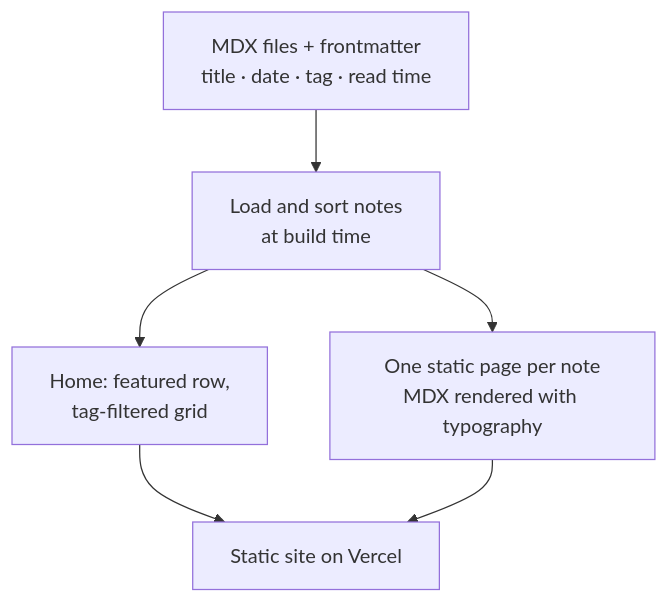
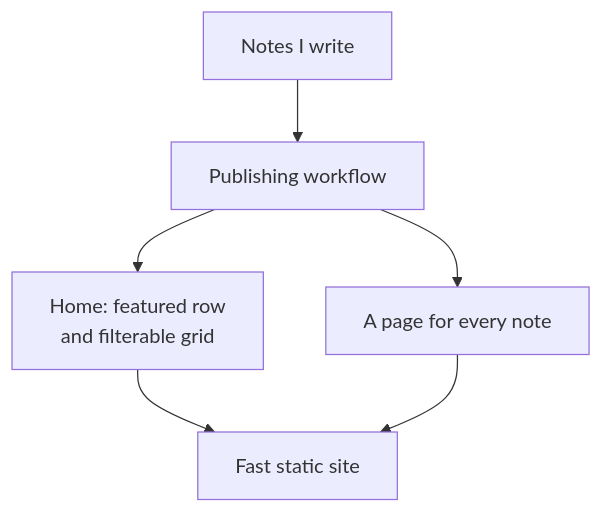
One commit to DavisHiggins/Curated-Notes changed the diagram in README.md. Above: the diagram before and after it, drawn with Mermaid. The commit also changed other lines of this file and 6 other files, not shown here.

````diff
--- a/README.md
+++ b/README.md
@@ -43,8 +48,8 @@
 ```mermaid
 flowchart TB
-    M[MDX files + frontmatter<br/>title · date · tag · read time] --> L[Load and sort notes<br/>at build time]
-    L --> G[Home: featured row,<br/>tag-filtered grid]
-    L --> N[One static page per note<br/>MDX rendered with typography]
-    G --> V[Static site on Vercel]
+    W[Notes I write] --> P[Publishing workflow]
+    P --> G[Home: featured row<br/>and filterable grid]
+    P --> N[A page for every note]
+    G --> V[Fast static site]
     N --> V
 ```
````
